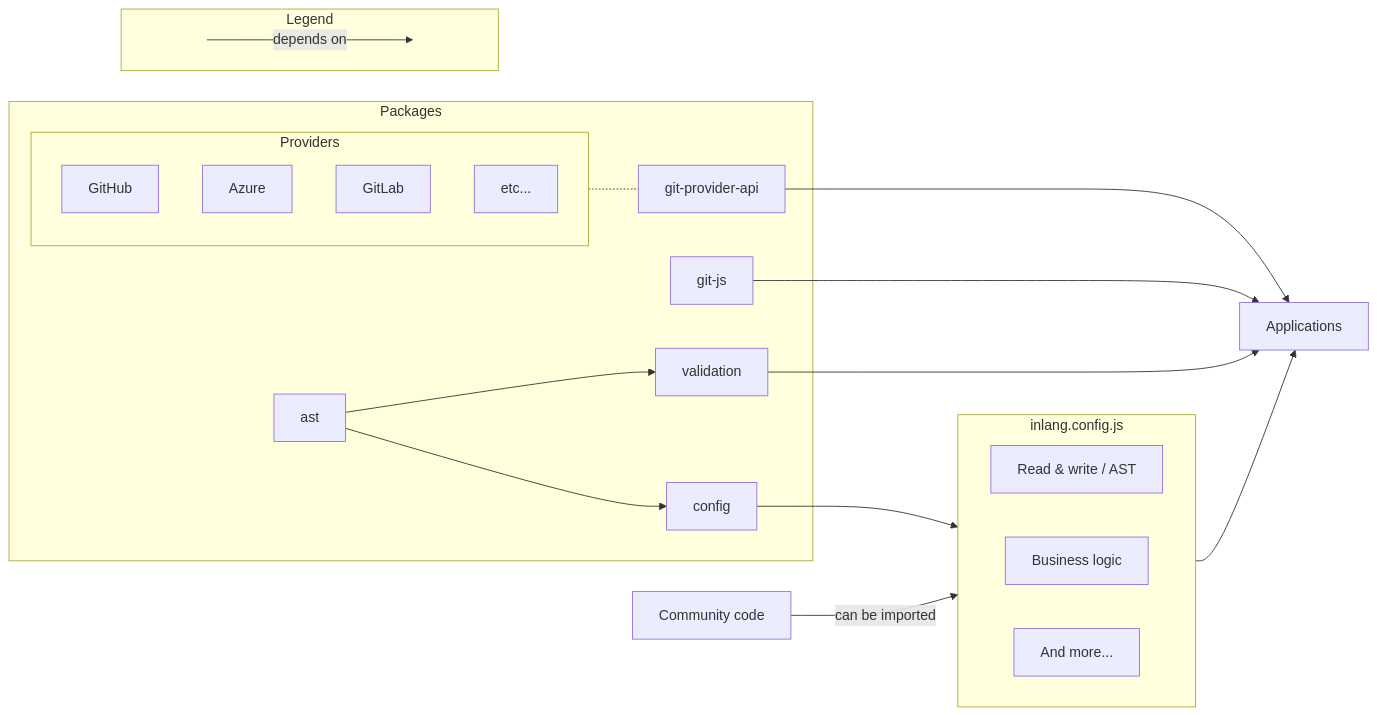
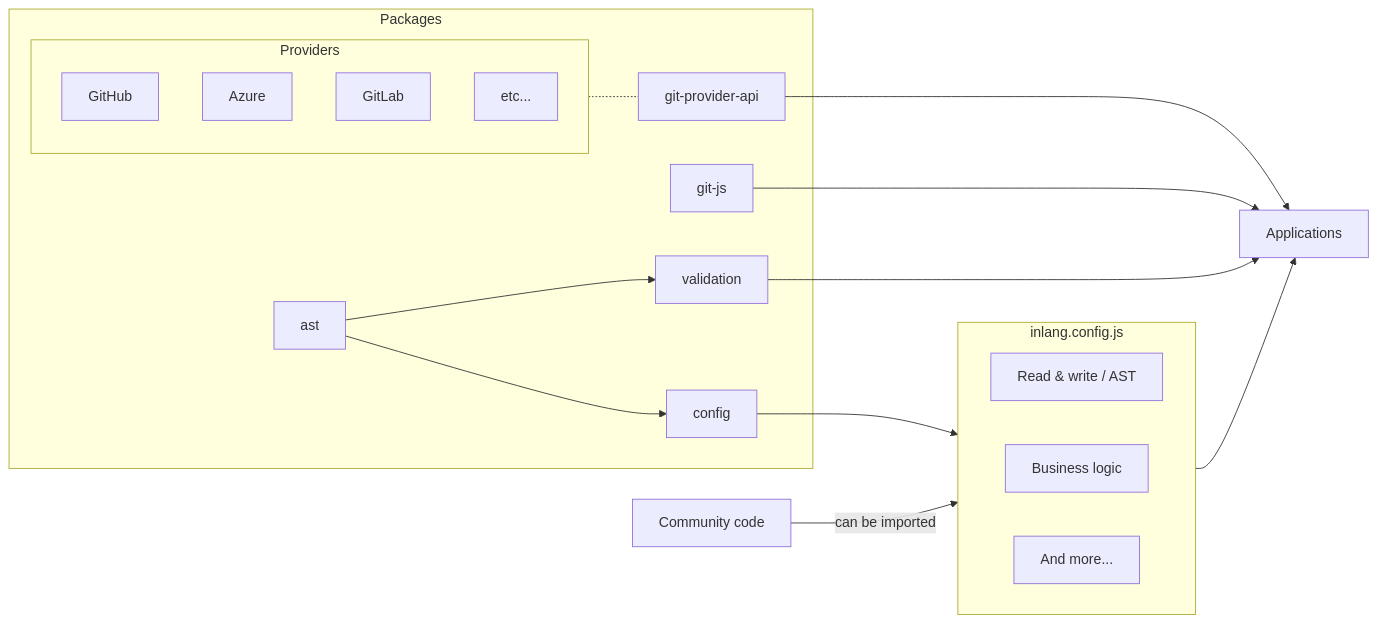
The fourth of 4 diagrams in rfcs/001-foundational-architecture.md (opral/monorepo), drawn with Mermaid before and after one commit. The commit also changed other lines of this file, not shown here.

Commit message:
improve dependency graph
By renaming flowchart to dependency graph and removing the legend.

````diff
--- a/rfcs/001-foundational-architecture.md
+++ b/rfcs/001-foundational-architecture.md
@@ -475,38 +475,32 @@
 ```mermaid
 flowchart LR
     Applications
     subgraph Packages
         subgraph Providers
                 GitHub
                 Azure
                 GitLab
                 Other[etc...]
         end
         Providers-.-Host
         git[git-js]
         Host[git-provider-api]
         validation
         ast
         config
     end
-    subgraph Legend
-        direction LR
-        start1[ ] --->|depends on| stop1[ ]
-        style start1 height:0px;
-        style stop1 height:0px;
-    end
     subgraph External[inlang.config.js]
         direction LR
         Parsing[Read & write / AST]
         Workflow[Business logic]
         Other2[And more...]
     end
     Community[Community code]-->|can be imported|External
     config-->External
     External-->Applications
     Host-->Applications
     validation-->Applications
     git-->Applications
     ast-->config
     ast-->validation
 ```
````
